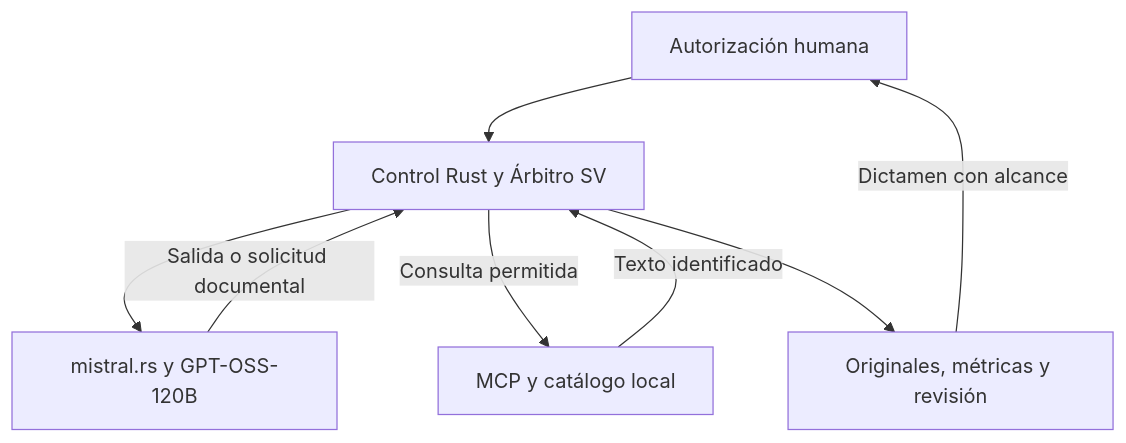
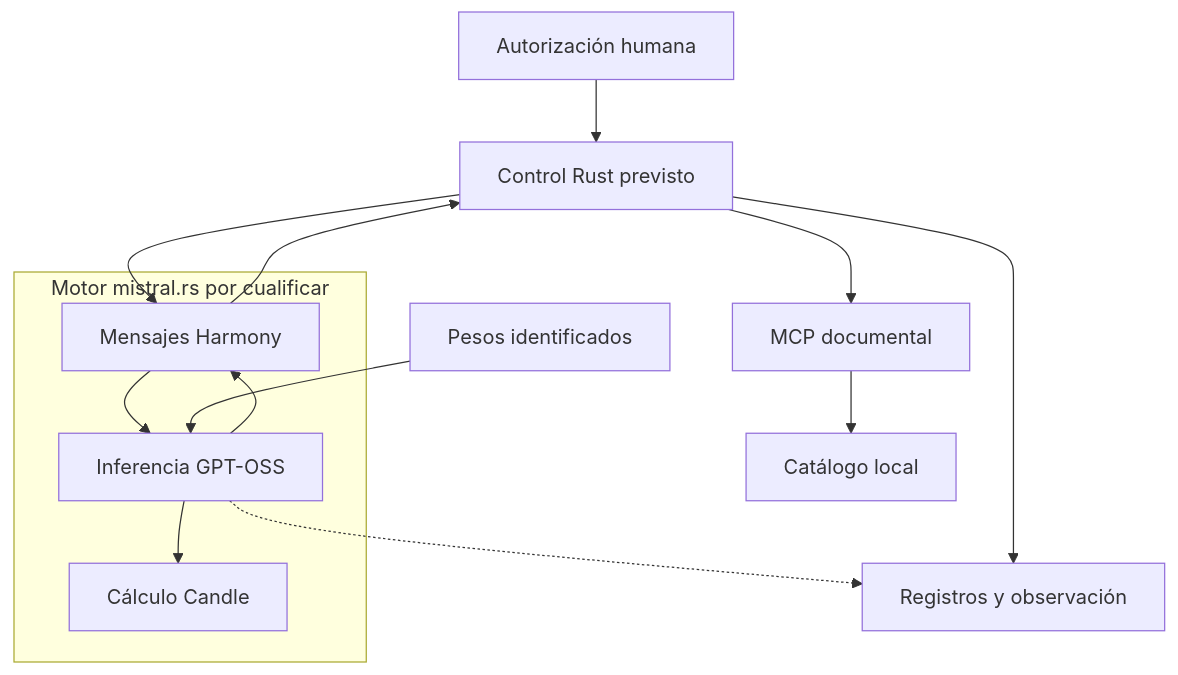
One commit to juantoniolloretegea/SV-motor changed the diagram in laboratorio/ensayo-ia-y-observabilidad/README.md. Above: the diagram before and after it, drawn with Mermaid. The commit also changed other lines of this file and 2 other files, not shown here.

Commit message:
Ordenar continuidad del ensayo desde 0.1 y precisar Harmony/Candle en la edición 2.16

````diff
--- a/laboratorio/ensayo-ia-y-observabilidad/README.md
+++ b/laboratorio/ensayo-ia-y-observabilidad/README.md
@@ -96,10 +404,16 @@
 ```mermaid
 flowchart TD
-  H["Autorización humana"] --> C["Control Rust y Árbitro SV"]
-  C --> M["mistral.rs y GPT-OSS-120B"]
-  M -->|"Salida o solicitud documental"| C
-  C -->|"Consulta permitida"| D["MCP y catálogo local"]
-  D -->|"Texto identificado"| C
-  C --> E["Originales, métricas y revisión"]
-  E -->|"Dictamen con alcance"| H
+  H["Autorización humana"] --> C["Control Rust previsto"]
+  C --> D["MCP documental"]
+  D --> L["Catálogo local"]
+  C --> A["Mensajes Harmony"]
+  subgraph M["Motor mistral.rs por cualificar"]
+    A --> I["Inferencia GPT-OSS"]
+    I --> A
+    I --> N["Cálculo Candle"]
+  end
+  W["Pesos identificados"] --> I
+  A --> C
+  C --> E["Registros y observación"]
+  I -.-> E
 ```
````
